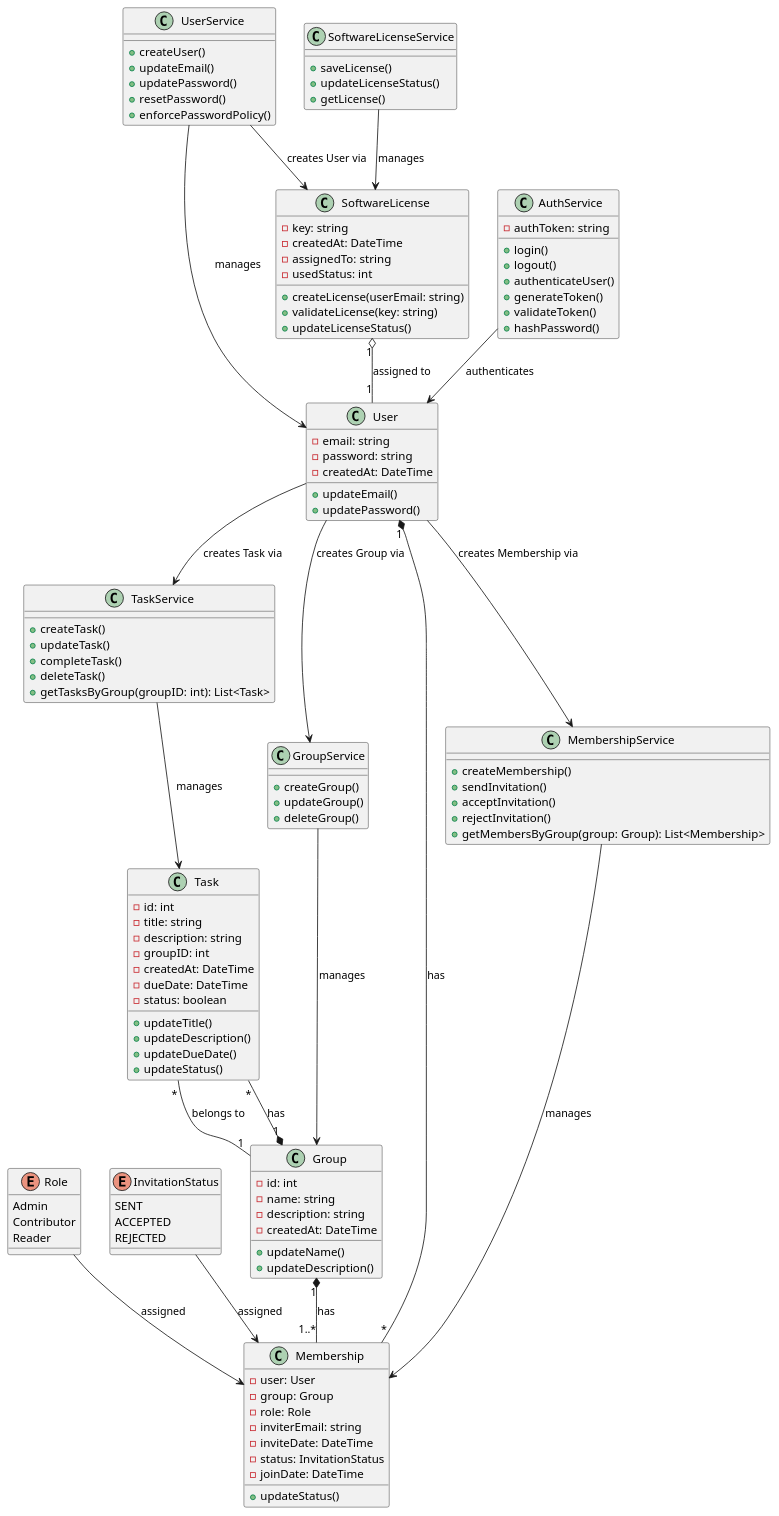
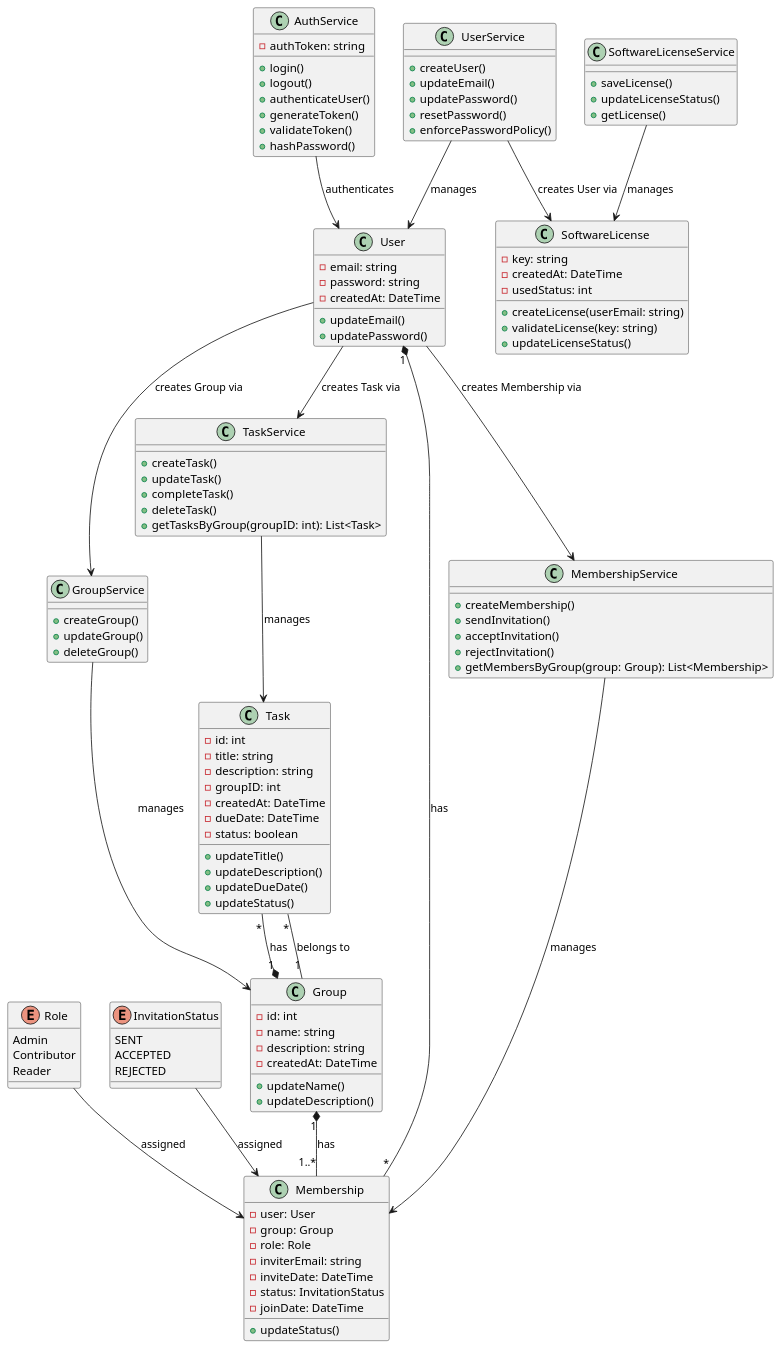
Before and after one commit to OmerEgeOzyaba/CSCI3100-project: the diagram in documentation/Design_Implementation/backend_class_uml.puml, drawn with PlantUML. The commit also changed 1 other file, not shown here.

Commit message:
Removed user assignment to software license in backend uml and reasoning

```diff
--- a/documentation/Design_Implementation/backend_class_uml.puml
+++ b/documentation/Design_Implementation/backend_class_uml.puml
@@ -1,143 +1,140 @@
 @startuml
 
 class User {
 	- email: string
 	- password: string
 	- createdAt: DateTime
 '-------------------------------
 	+ updateEmail()
 	+ updatePassword()
 }
 
 class UserService {
         + createUser()
         + updateEmail()
         + updatePassword()
         + resetPassword()
 	+ enforcePasswordPolicy()
 }
 
 class Task {
 	- id: int
 	- title: string
 	- description: string
 	- groupID: int
 	- createdAt: DateTime
 	- dueDate: DateTime
 	- status: boolean
 '--------------------------------
 	+ updateTitle()
 	+ updateDescription()
 	+ updateDueDate()
 	+ updateStatus()
 }
 
 class TaskService {
         + createTask()
         + updateTask()
         + completeTask()
         + deleteTask()
 	+ getTasksByGroup(groupID: int): List<Task>
 }
 
 class Group {
 	- id: int
 	- name: string
 	- description: string
 	- createdAt: DateTime
 '---------------------------------
 	+ updateName()
 	+ updateDescription()
 }
 
 class GroupService {
 	+ createGroup()
 	+ updateGroup()
 	+ deleteGroup()
 }
 
 class Membership {
 	- user: User
 	- group: Group
 	- role: Role
 	- inviterEmail: string
 	- inviteDate: DateTime
 	- status: InvitationStatus
 	- joinDate: DateTime
 '---------------------------------
 	+ updateStatus()
 }
 
 class MembershipService {
 	+ createMembership()
 	+ sendInvitation()
 	+ acceptInvitation()
 	+ rejectInvitation()
         + getMembersByGroup(group: Group): List<Membership>
 
 }
 
 class AuthService {
 	- authToken: string
 '---------------------------------
 	+ login()
 	+ logout()
 	+ authenticateUser()
 	+ generateToken()
 	+ validateToken()
 	+ hashPassword()
 }
 
 class SoftwareLicense {
 	- key: string
 	- createdAt: DateTime
-	- assignedTo: string
-		' assigned to the email address of a user
 	- usedStatus: int
 '---------------------------------
 	+ createLicense(userEmail: string)
 	+ validateLicense(key: string)
 	+ updateLicenseStatus()
 }
 
 class SoftwareLicenseService {
 	+ saveLicense()
 	+ updateLicenseStatus()
 	+ getLicense()
 }
 
 enum Role {
         Admin
         Contributor
         Reader
 }
 
 enum InvitationStatus {
         SENT
         ACCEPTED
         REJECTED
 }
 
 User --> TaskService: creates Task via
 User --> GroupService: creates Group via
 User --> MembershipService: creates Membership via
 User "1" *-- "*" Membership: has
 AuthService --> User: authenticates
 UserService --> User: manages
 
 TaskService --> Task: manages
 Task "*" -- "1" Group: belongs to
 
 GroupService --> Group: manages
 Group "1" *-- "1..*" Membership: has
 Group "1" *-- "*" Task: has
 
 MembershipService --> Membership: manages
 Role --> Membership: assigned
 InvitationStatus --> Membership: assigned
 
-SoftwareLicense "1" o-- "1" User: assigned to 
 UserService --> SoftwareLicense: creates User via
 SoftwareLicenseService --> SoftwareLicense: manages
 
 @enduml
```
